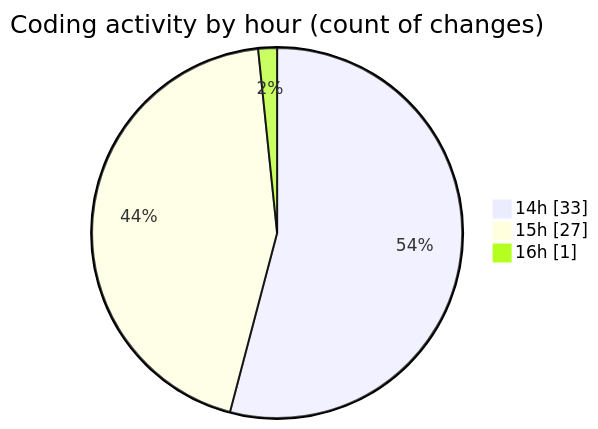
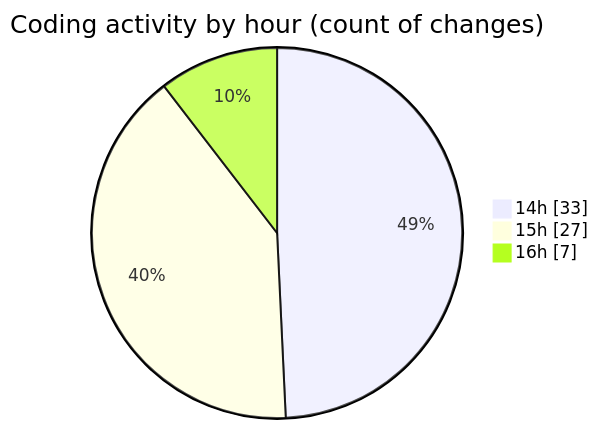
One commit to jadenblack/code-tracking changed the second of 2 diagrams in 2026-03-04/shadcn-admin-kit-main__workspace_/README.md. Above: the diagram before and after it, drawn with Mermaid. The commit also changed other lines of this file and 1 other file, not shown here.

````diff
--- a/2026-03-04/shadcn-admin-kit-main__workspace_/README.md
+++ b/2026-03-04/shadcn-admin-kit-main__workspace_/README.md
@@ -62,7 +64,7 @@
 ```mermaid
 pie showData
 title Coding activity by hour (count of changes)
 "14h" : 33
 "15h" : 27
-"16h" : 1
+"16h" : 7
 ```
````
